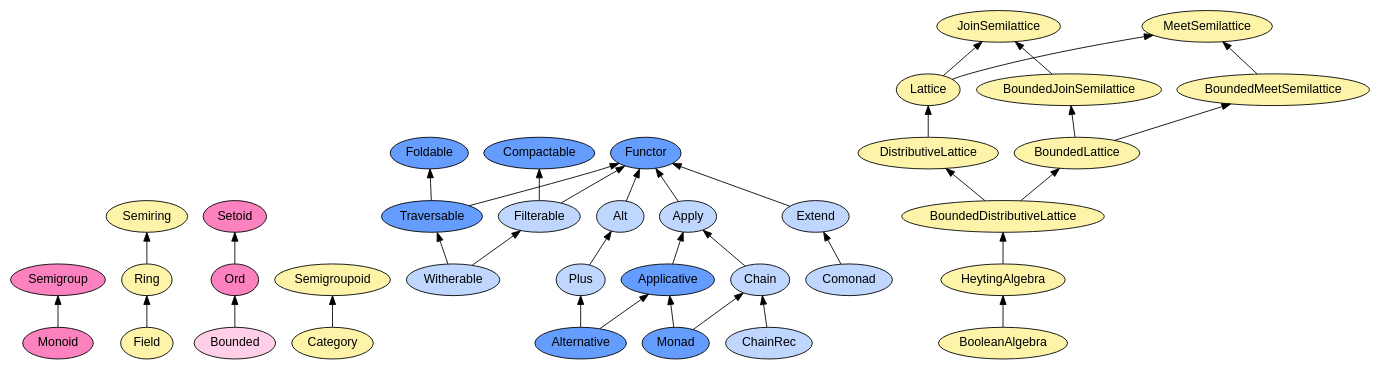
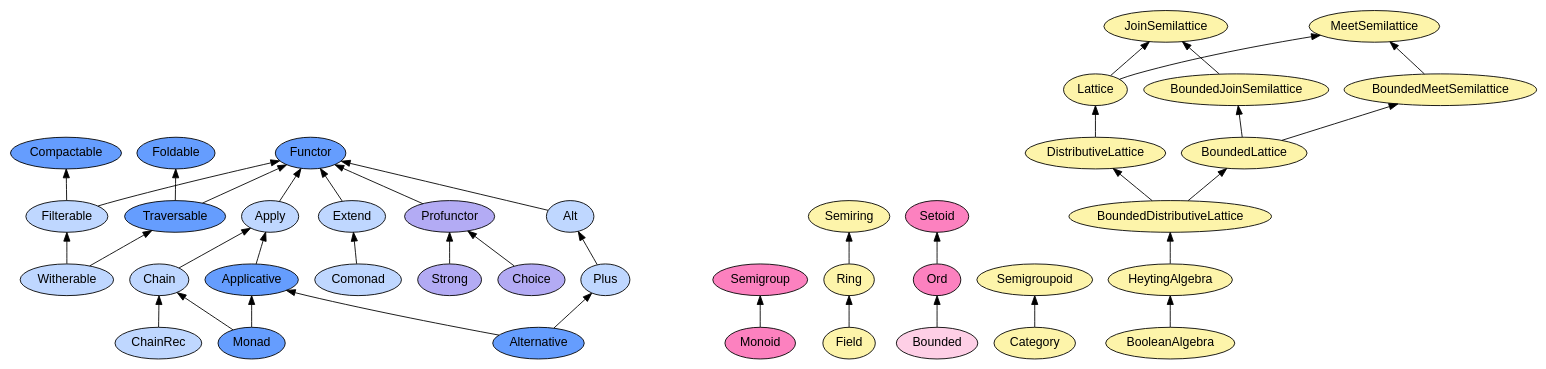
The diagram in type-classes.dot (gcanti/fp-ts), drawn with Graphviz before and after one commit. The commit also changed 1 other file, not shown here.

Commit message:
Docs: update type classes diagram

```diff
--- a/type-classes.dot
+++ b/type-classes.dot
@@ -1,36 +1,40 @@
 digraph G {
   rankdir=BT;
   node [fontname="arial"];
+  node [style=filled,color=black,fillcolor="#B3ABF4"];
+  "Strong" -> "Profunctor"
+  "Choice" -> "Profunctor"
   node [style=filled,color=black,fillcolor="#FC81BF"];
   "Monoid" -> "Semigroup"
   node [style=filled,color=black,fillcolor="#FDF4AA"];
   "Field" -> "Ring" -> "Semiring"
   node [style=filled,color=black,fillcolor="#FC81BF"];
   "Ord" "Setoid"
   node [style=filled,color=black,fillcolor="#FECFE6"];
   "Bounded" -> "Ord" -> "Setoid"
   node [style=filled,color=black,fillcolor="#FDF4AA"];
   "Category" -> "Semigroupoid"
   node [style=filled,color=black,fillcolor="#659DFE"];
   "Functor" "Applicative" "Monad" "Alternative" "Traversable" "Foldable" "Compactable"
   node [style=filled,color=black,fillcolor="#BFD7FF"];
+  "Profunctor" -> "Functor"
   "Alt" -> "Functor"
   "Alternative" -> "Applicative"
   "Alternative" -> "Plus" -> "Alt"
   "Monad" -> "Applicative" -> "Apply" -> "Functor"
   "Monad" -> "Chain" -> "Apply"
   "ChainRec" -> "Chain"
   "Comonad" -> "Extend" -> "Functor"
   "Traversable" -> "Foldable"
   "Traversable" -> "Functor"
   "Filterable" -> "Functor"
   "Filterable" -> "Compactable"
   "Witherable" -> "Traversable"
   "Witherable" -> "Filterable"
   node [style=filled,color=black,fillcolor="#FDF4AA"];
   "BooleanAlgebra" -> "HeytingAlgebra" -> "BoundedDistributiveLattice" -> "BoundedLattice" -> "BoundedJoinSemilattice"
   "BoundedDistributiveLattice" -> "DistributiveLattice" -> "Lattice" -> "JoinSemilattice"
   "Lattice" -> "MeetSemilattice"
   "BoundedJoinSemilattice" -> "JoinSemilattice"
   "BoundedLattice" -> "BoundedMeetSemilattice" -> "MeetSemilattice"
 }
```
